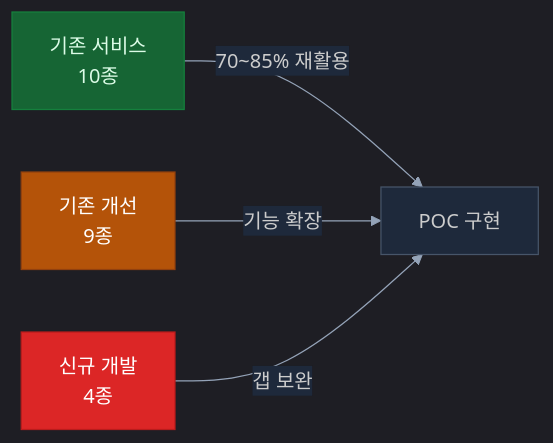
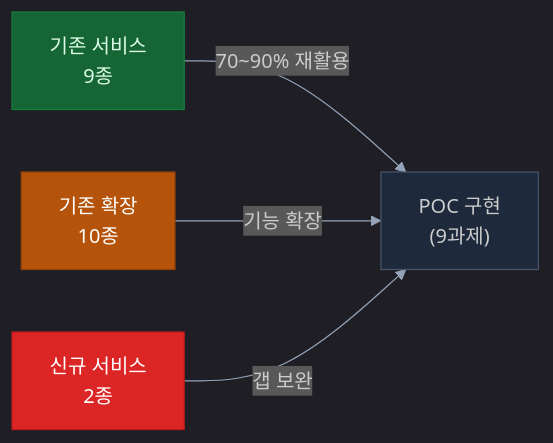
One commit to s99606931/poc changed the diagram in README.md. Above: the diagram before and after it, drawn with Mermaid. The commit also changed other lines of this file and 79 other files, not shown here.

````diff
--- a/README.md
+++ b/README.md
@@ -75,15 +140,15 @@
 ```mermaid
-%%{init: {'theme': 'dark', 'themeVariables': {'primaryColor': '#1d4ed8', 'primaryTextColor': '#f8fafc', 'primaryBorderColor': '#3b82f6', 'lineColor': '#94a3b8', 'secondaryColor': '#1e293b', 'tertiaryColor': '#0f172a', 'background': '#0f172a', 'mainBkg': '#1e293b', 'nodeBorder': '#475569', 'clusterBkg': '#1e293b', 'titleColor': '#f8fafc', 'edgeLabelBackground': '#1e293b'}}}%%
+%%{init: {'theme': 'dark', 'themeVariables': {'primaryColor': '#1d4ed8', 'primaryTextColor': '#f8fafc', 'primaryBorderColor': '#3b82f6', 'lineColor': '#94a3b8', 'secondaryColor': '#1e293b', 'tertiaryColor': '#0f172a', 'background': '#0f172a', 'mainBkg': '#1e293b', 'nodeBorder': '#475569'}}}%%
 graph LR
     classDef reuse fill:#166534,stroke:#15803d,color:#dcfce7
     classDef newdev fill:#dc2626,stroke:#b91c1c,color:#fff
     classDef partial fill:#b45309,stroke:#92400e,color:#fff
 
-    A["기존 서비스<br/>10종"]:::reuse
-    B["신규 개발<br/>4종"]:::newdev
-    C["기존 개선<br/>9종"]:::partial
+    A["기존 서비스<br/>9종"]:::reuse
+    B["신규 서비스<br/>2종"]:::newdev
+    C["기존 확장<br/>10종"]:::partial
 
-    A -->|"70~85% 재활용"| D["POC 구현"]
+    A -->|"70~90% 재활용"| D["POC 구현<br/>(9과제)"]
     C -->|"기능 확장"| D
     B -->|"갭 보완"| D
 ```
````
